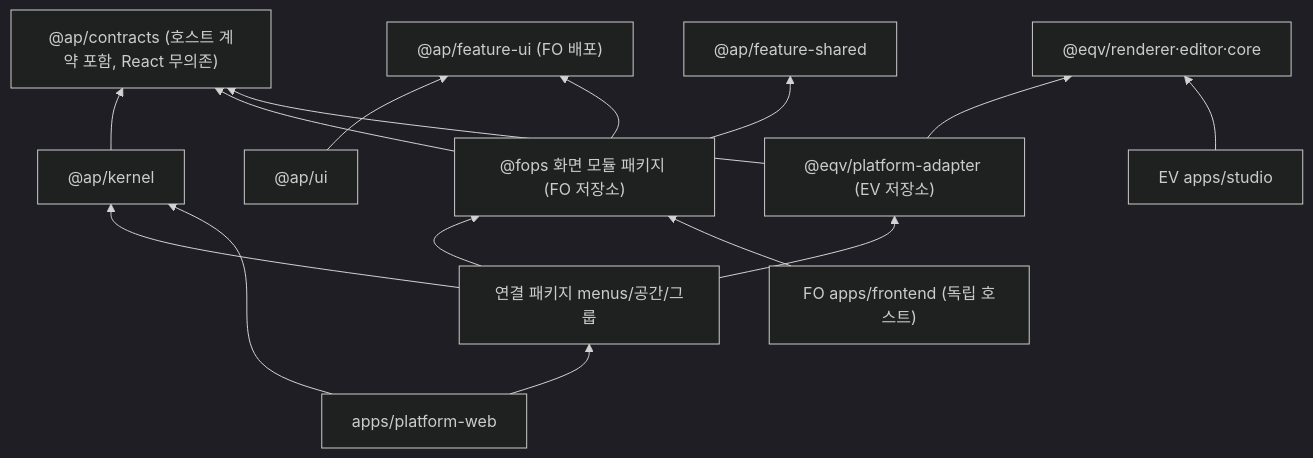
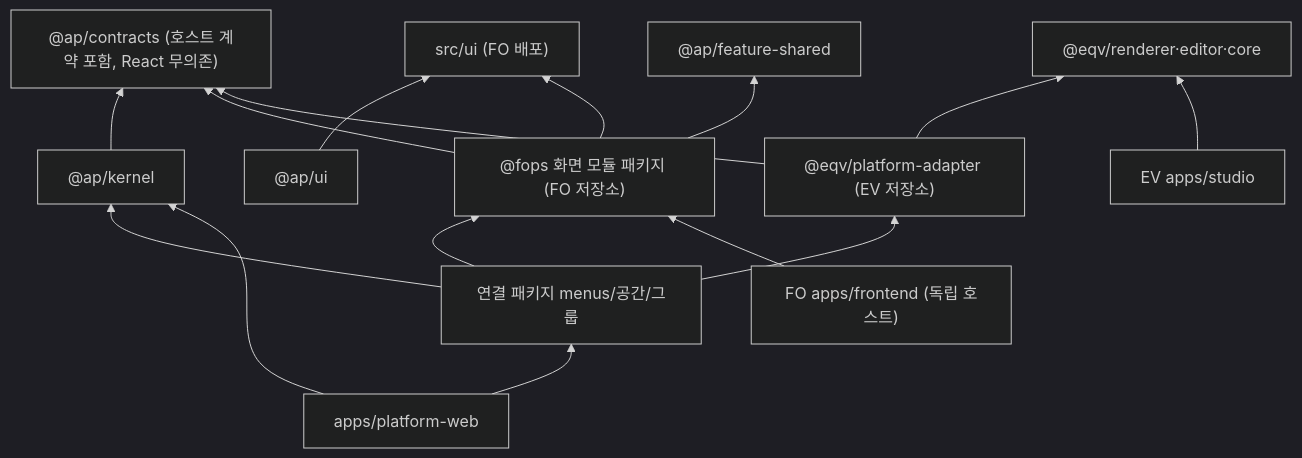
The second of 2 diagrams in docs/integration/platform-hosting-design.md (hjung3113/analytics-platform), drawn with Mermaid (dark theme) before and after one commit. The commit also changed other lines of this file and 2275 other files, not shown here.

````diff
--- a/docs/integration/platform-hosting-design.md
+++ b/docs/integration/platform-hosting-design.md
@@ -219,20 +219,20 @@
 ```mermaid
 flowchart BT
   C["@ap/contracts (호스트 계약 포함, React 무의존)"]
-  FU["@ap/feature-ui (FO 배포)"]
+  FU["src/ui (FO 배포)"]
   UI["@ap/ui"] --> FU
   K["@ap/kernel"] --> C
   FS["@ap/feature-shared"]
   FW["@fops 화면 모듈 패키지 (FO 저장소)"] --> C
   FW --> FU
   FW --> FS
   EA["@eqv/platform-adapter (EV 저장소)"] --> C
   EA --> ER["@eqv/renderer·editor·core"]
   GL["연결 패키지 menus/공간/그룹"] --> FW
   GL --> EA
   GL --> K
   APP["apps/platform-web"] --> GL
   APP --> K
   FA["FO apps/frontend (독립 호스트)"] --> FW
   ST["EV apps/studio"] --> ER
 ```
````
